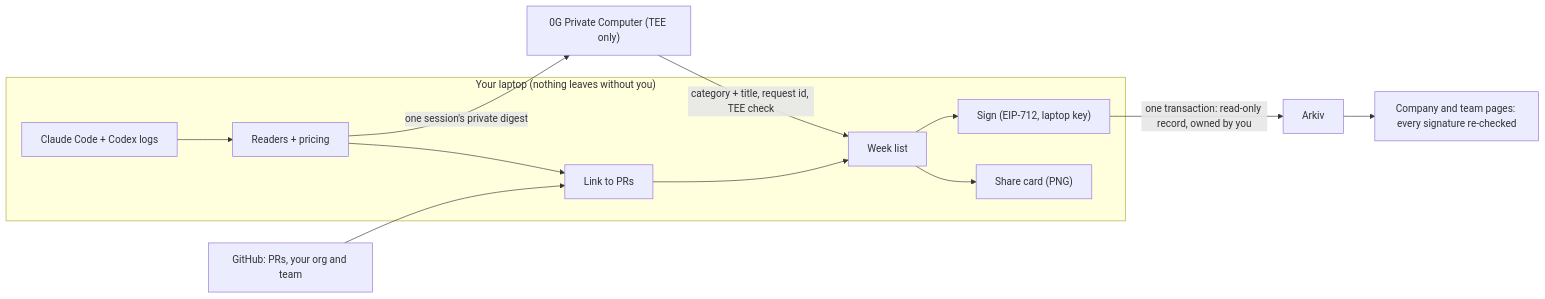
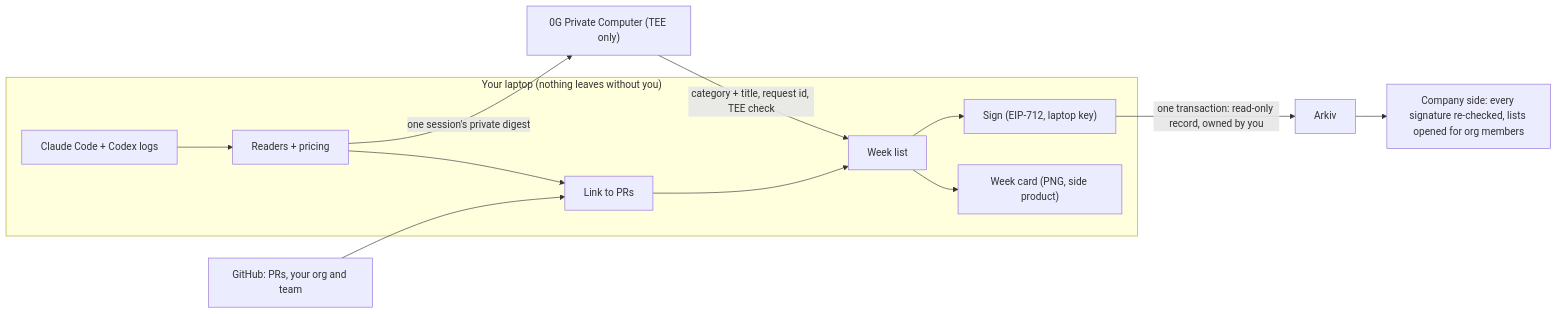
Before and after one commit to hrishi0102/juicebox: the diagram in README.md, drawn with Mermaid. The commit also changed other lines of this file and 11 other files, not shown here.

First line of the commit message:
Docs: one flow per role, one way to pay, decisions 41 to 46

````diff
--- a/README.md
+++ b/README.md
@@ -76,15 +89,15 @@
 ```mermaid
 flowchart LR
   subgraph Laptop["Your laptop (nothing leaves without you)"]
     L["Claude Code + Codex logs"] --> P["Readers + pricing"]
     P --> M["Link to PRs"]
     M --> W["Week list"]
-    W --> C["Share card (PNG)"]
+    W --> C["Week card (PNG, side product)"]
     W --> K["Sign (EIP-712, laptop key)"]
   end
   GH["GitHub: PRs, your org and team"] --> M
   P -- "one session's private digest" --> ZG["0G Private Computer (TEE only)"]
   ZG -- "category + title, request id, TEE check" --> W
   K -- "one transaction: read-only record, owned by you" --> AK["Arkiv"]
-  AK --> O["Company and team pages: every signature re-checked"]
+  AK --> O["Company side: every signature re-checked, lists opened for org members"]
 ```
````
